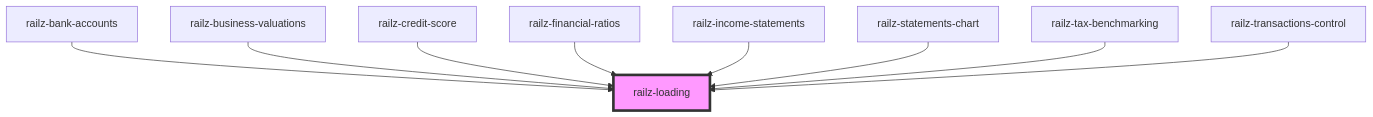
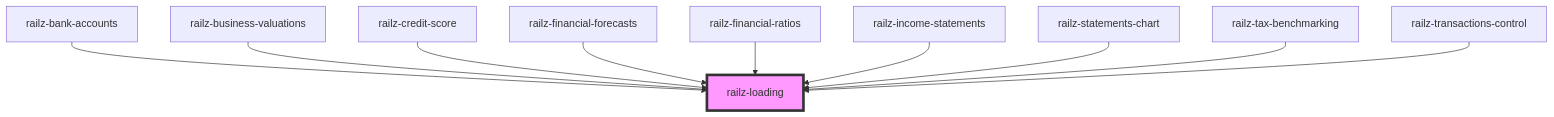
One commit to railz-ai/railz-visualizations changed the diagram in packages/components/src/elements/loading/readme.md. Above: the diagram before and after it, drawn with Mermaid. The commit also changed other lines of this file and 11 other files, not shown here.

First line of the commit message:
feat: New component financial forecasts (#182)

````diff
--- a/packages/components/src/elements/loading/readme.md
+++ b/packages/components/src/elements/loading/readme.md
@@ -30,12 +31,13 @@
 ```mermaid
 graph TD;
   railz-bank-accounts --> railz-loading
   railz-business-valuations --> railz-loading
   railz-credit-score --> railz-loading
+  railz-financial-forecasts --> railz-loading
   railz-financial-ratios --> railz-loading
   railz-income-statements --> railz-loading
   railz-statements-chart --> railz-loading
   railz-tax-benchmarking --> railz-loading
   railz-transactions-control --> railz-loading
   style railz-loading fill:#f9f,stroke:#333,stroke-width:4px
 ```
````
